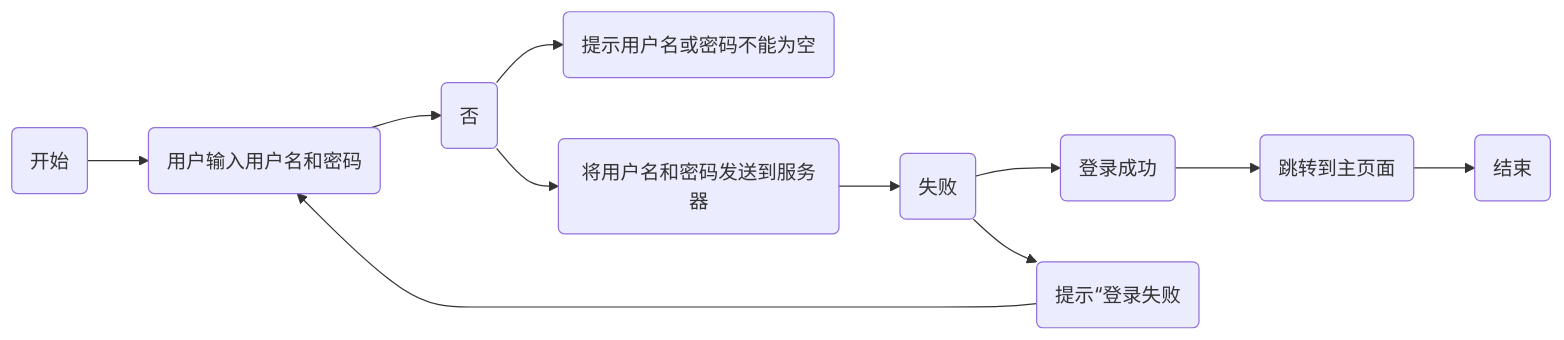
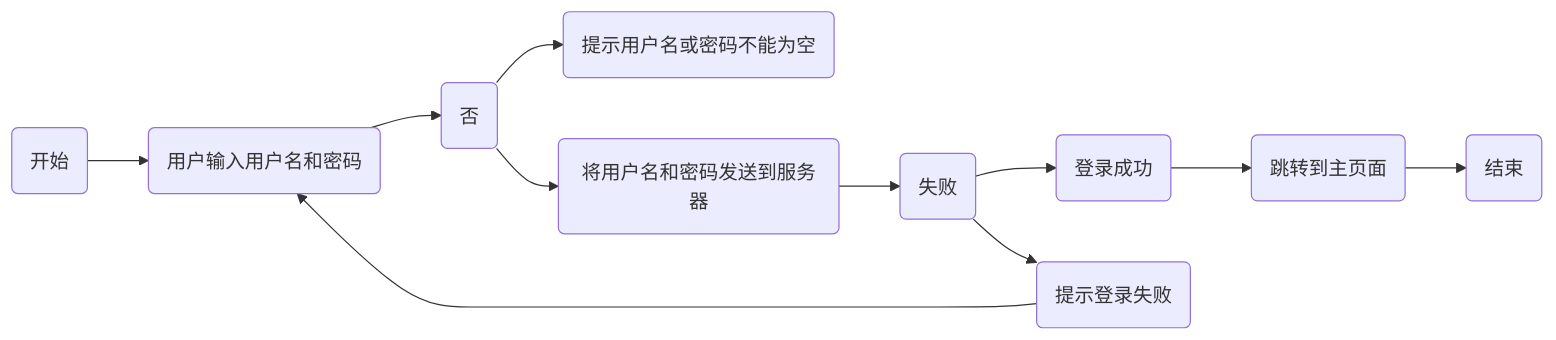
One commit to star-Triangel/iodraw-files changed the diagram in all/未命名-1.md. Above: the diagram before and after it, drawn with Mermaid.

Commit message:
2024-04-11 11:09:40 update

````diff
--- a/all/未命名-1.md
+++ b/all/未命名-1.md
@@ -1,15 +1,15 @@
 ```mermaid
 graph LR
 A(开始) --> B(用户输入用户名和密码)
 B --> C(判断用户名和密码是否为空)
 C(是) --> D(提示用户名或密码不能为空)
 C(否) --> E(将用户名和密码发送到服务器)
 E --> F(服务器验证用户名和密码)
 F(成功) --> G(登录成功)
-F(失败) --> H(提示“登录失败)
+F(失败) --> H(提示登录失败)
 G --> I(跳转到主页面)
 H --> B
 I --> J(结束)
 
   
 ```
````
